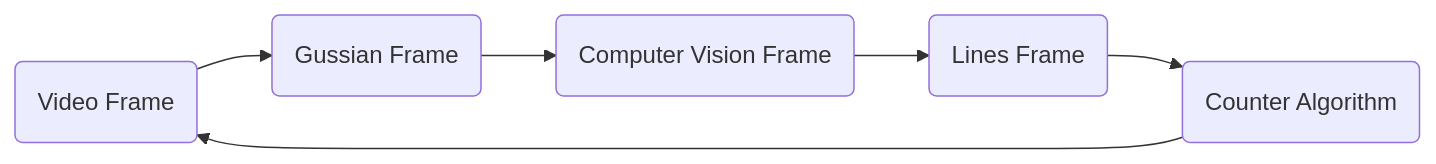
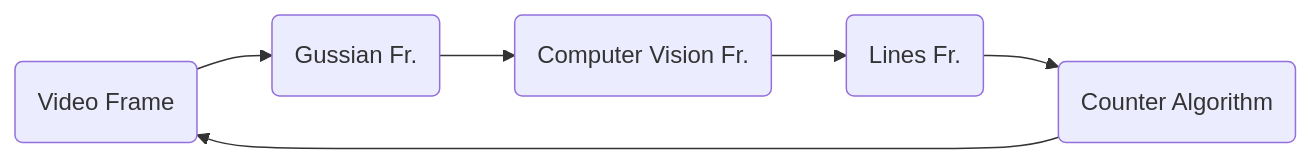
One commit to ahmethkablama/Classification-and-Counting-of-Vehicles-on-the-Road-with-Image-Processing changed the diagram in README.md. Above: the diagram before and after it, drawn with Mermaid.

````diff
--- a/README.md
+++ b/README.md
@@ -6,8 +6,8 @@
 ```mermaid
 graph LR
-A(Video Frame) --> B(Gussian Frame)
-B --> D(Computer Vision Frame)
-D --> E(Lines Frame)
+A(Video Frame) --> B(Gussian Fr.)
+B --> D(Computer Vision Fr.)
+D --> E(Lines Fr.)
 E --> F(Counter Algorithm)
 F --> A
 ```
````
